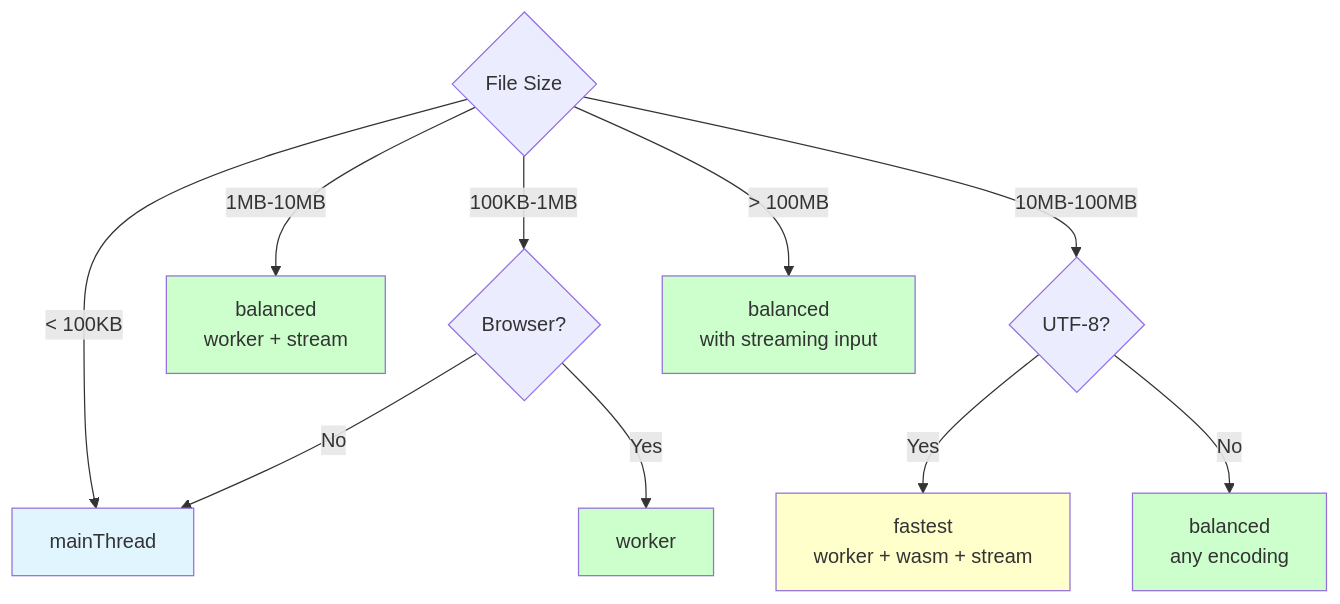
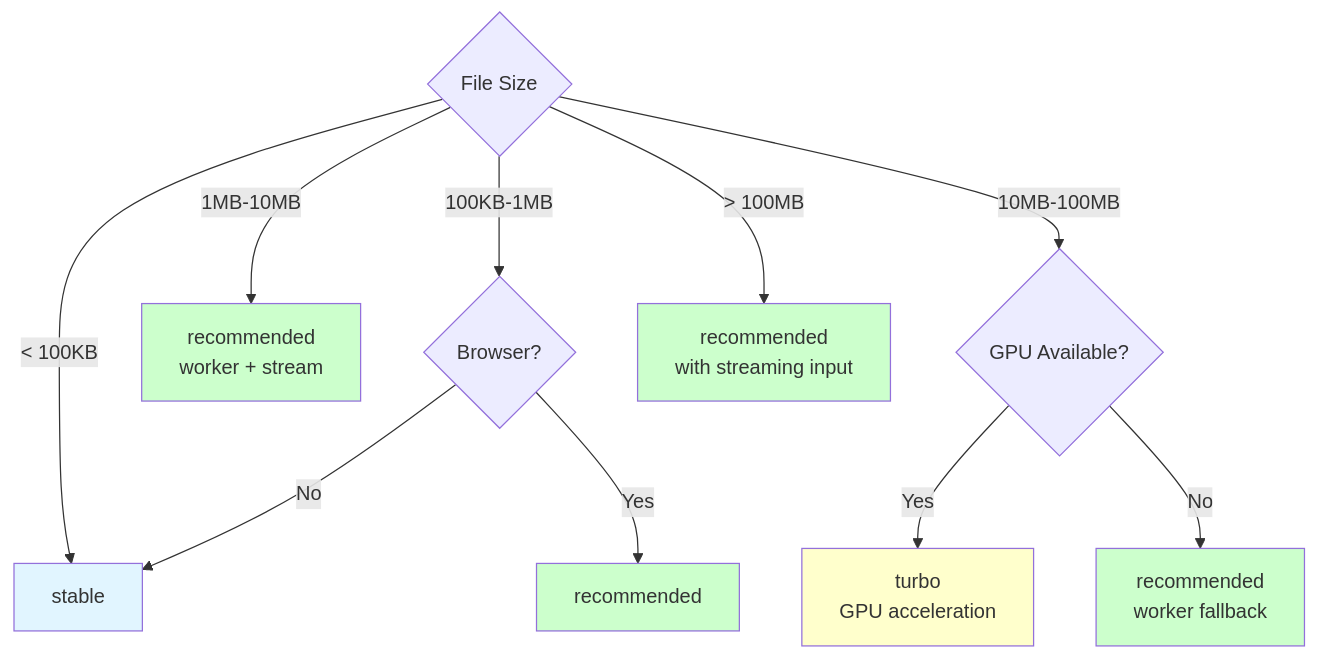
Before and after one commit to kamiazya/web-csv-toolbox: the sixth of 6 diagrams in docs/explanation/execution-strategies.md, drawn with Mermaid. The commit also changed other lines of this file and 103 other files, not shown here.

````diff
--- a/docs/explanation/execution-strategies.md
+++ b/docs/explanation/execution-strategies.md
@@ -650,22 +618,22 @@
 ```mermaid
 graph TD
-    Start{File Size} --> |< 100KB| MainThread[mainThread]
+    Start{File Size} --> |< 100KB| Stable[stable]
     Start --> |100KB-1MB| Choice1{Browser?}
-    Choice1 --> |Yes| Worker1[worker]
-    Choice1 --> |No| MainThread
+    Choice1 --> |Yes| Recommended1[recommended]
+    Choice1 --> |No| Stable
 
-    Start --> |1MB-10MB| Balanced[balanced<br/>worker + stream]
+    Start --> |1MB-10MB| Recommended[recommended<br/>worker + stream]
 
-    Start --> |10MB-100MB| UTF8{UTF-8?}
-    UTF8 --> |Yes| Fastest[fastest<br/>worker + wasm + stream]
-    UTF8 --> |No| Balanced2[balanced<br/>any encoding]
+    Start --> |10MB-100MB| GPU{GPU Available?}
+    GPU --> |Yes| Turbo[turbo<br/>GPU acceleration]
+    GPU --> |No| Recommended2[recommended<br/>worker fallback]
 
-    Start --> |> 100MB| Stream[balanced<br/>with streaming input]
+    Start --> |> 100MB| Stream[recommended<br/>with streaming input]
 
-    style MainThread fill:#e1f5ff
-    style Worker1 fill:#ccffcc
-    style Balanced fill:#ccffcc
-    style Fastest fill:#ffffcc
-    style Balanced2 fill:#ccffcc
+    style Stable fill:#e1f5ff
+    style Recommended1 fill:#ccffcc
+    style Recommended fill:#ccffcc
+    style Turbo fill:#ffffcc
+    style Recommended2 fill:#ccffcc
     style Stream fill:#ccffcc
 ```
````
